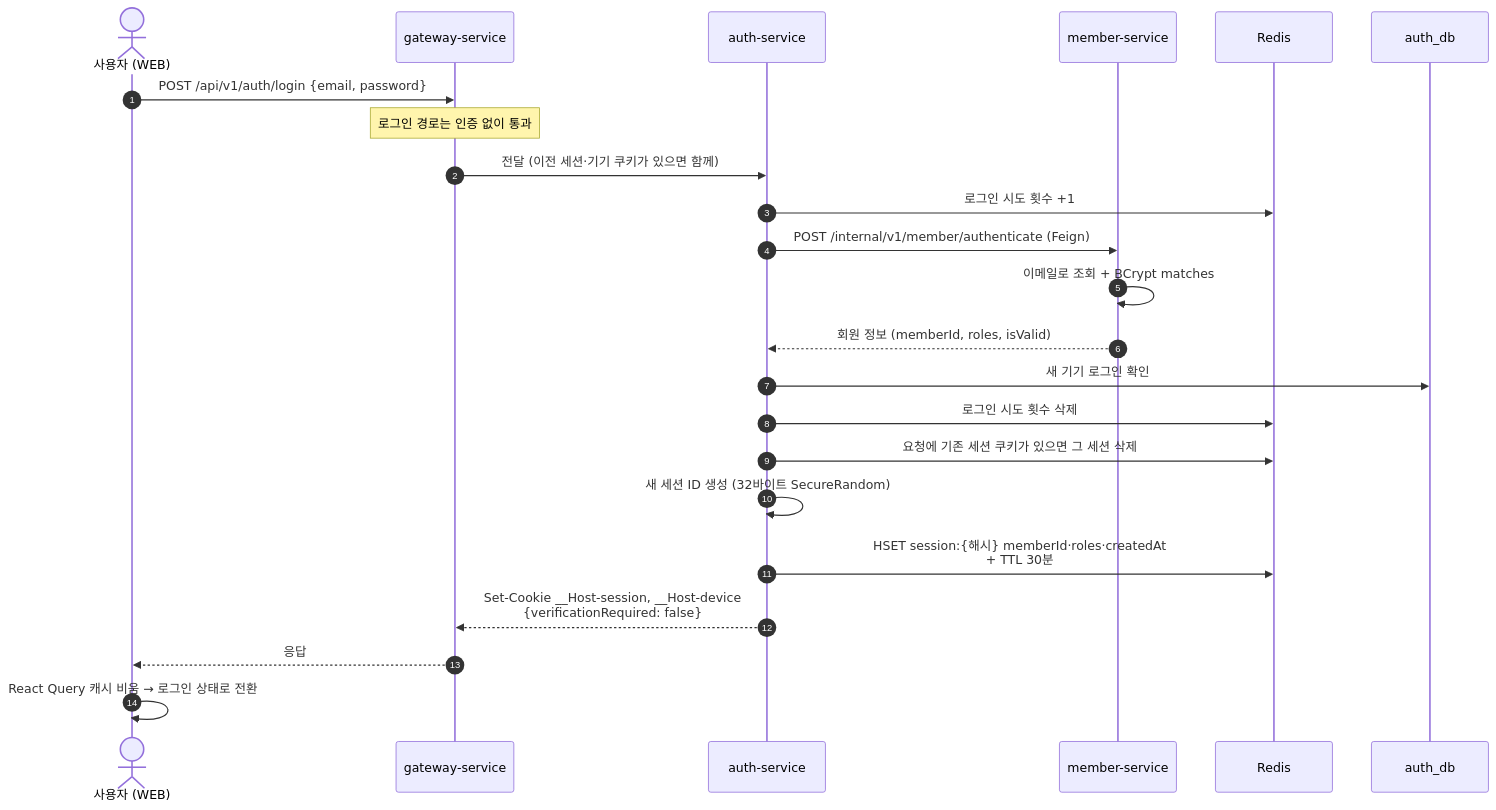
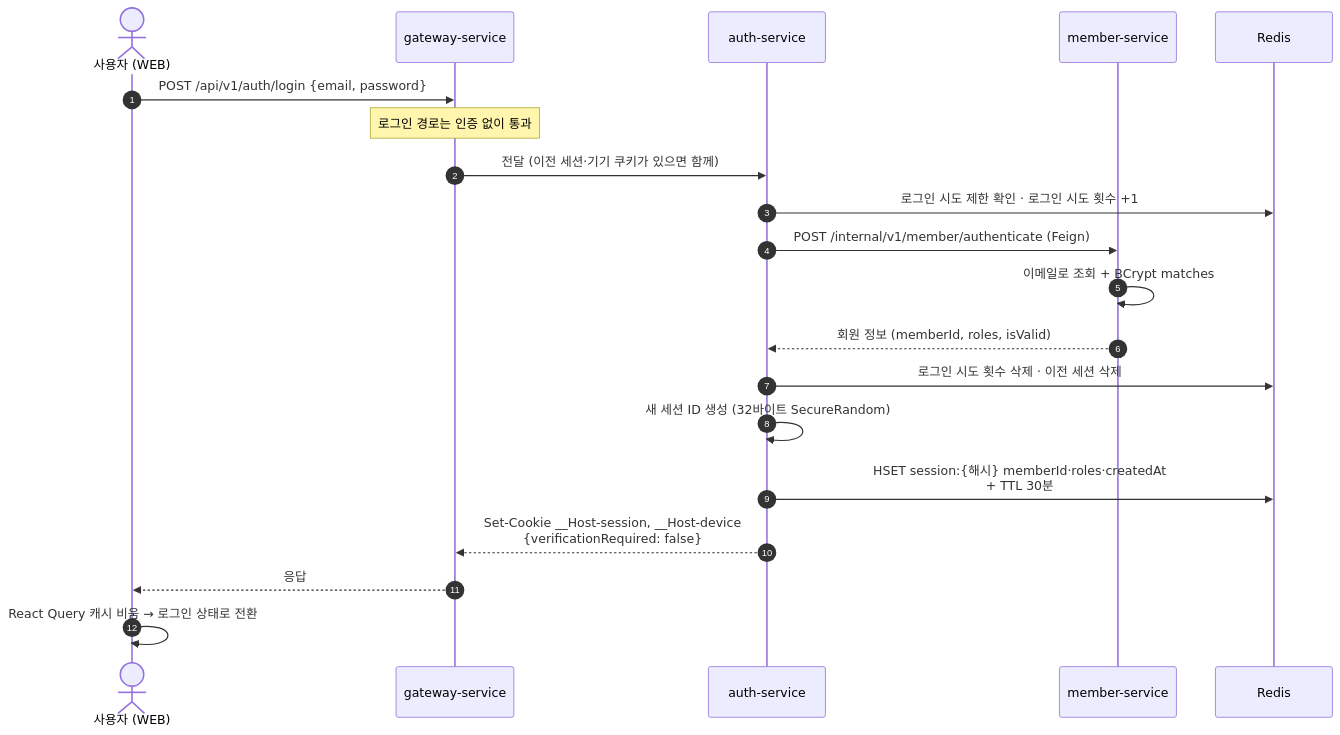
The first of 4 diagrams in .docs/spec/004-auth-spec.md (rivertw777/ModuDrive-API), drawn with Mermaid before and after one commit. The commit also changed other lines of this file and 16 other files, not shown here.

````diff
--- a/.docs/spec/004-auth-spec.md
+++ b/.docs/spec/004-auth-spec.md
@@ -89,26 +89,23 @@
 ```mermaid
 sequenceDiagram
     autonumber
     actor U as 사용자 (WEB)
     participant G as gateway-service
     participant A as auth-service
     participant M as member-service
     participant R as Redis
-    participant D as auth_db
 
     U->>G: POST /api/v1/auth/login {email, password}
     Note over G: 로그인 경로는 인증 없이 통과
     G->>A: 전달 (이전 세션·기기 쿠키가 있으면 함께)
-    A->>R: 로그인 시도 횟수 +1
+    A->>R: 로그인 시도 제한 확인 · 로그인 시도 횟수 +1
     A->>M: POST /internal/v1/member/authenticate (Feign)
     M->>M: 이메일로 조회 + BCrypt matches
     M-->>A: 회원 정보 (memberId, roles, isValid)
-    A->>D: 새 기기 로그인 확인
-    A->>R: 로그인 시도 횟수 삭제
-    A->>R: 요청에 기존 세션 쿠키가 있으면 그 세션 삭제
+    A->>R: 로그인 시도 횟수 삭제 · 이전 세션 삭제
     A->>A: 새 세션 ID 생성 (32바이트 SecureRandom)
     A->>R: HSET session:{해시} memberId·roles·createdAt<br/>+ TTL 30분
     A-->>G: Set-Cookie __Host-session, __Host-device<br/>{verificationRequired: false}
     G-->>U: 응답
     U->>U: React Query 캐시 비움 → 로그인 상태로 전환
 ```
````
